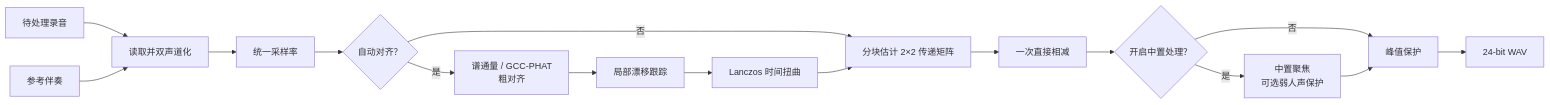
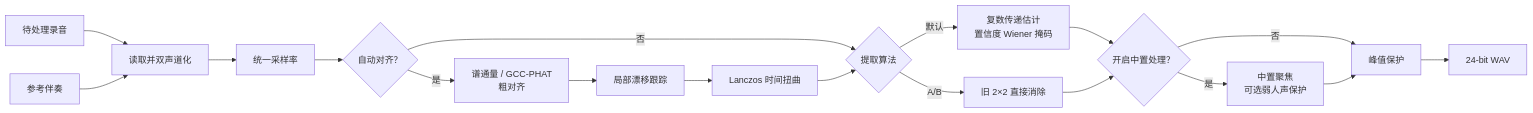
One commit to ChouChiu/Audio-Station changed the diagram in docs/reference-removal.md. Above: the diagram before and after it, drawn with Mermaid. The commit also changed other lines of this file and 27 other files, not shown here.

````diff
--- a/docs/reference-removal.md
+++ b/docs/reference-removal.md
@@ -24,18 +28,20 @@
 ```mermaid
 flowchart LR
     mix["待处理录音"] --> read["读取并双声道化"]
     ref["参考伴奏"] --> read
     read --> rate["统一采样率"]
     rate --> enabled{"自动对齐？"}
     enabled -->|是| coarse["谱通量 / GCC-PHAT<br/>粗对齐"]
     coarse --> drift["局部漂移跟踪"]
     drift --> warp["Lanczos 时间扭曲"]
-    enabled -->|否| cancel["分块估计 2×2 传递矩阵"]
-    warp --> cancel
-    cancel --> subtract["一次直接相减"]
-    subtract --> center{"开启中置处理？"}
+    enabled -->|否| choose{"提取算法"}
+    warp --> choose
+    choose -->|默认| mask["复数传递估计<br/>置信度 Wiener 掩码"]
+    choose -->|A/B| direct["旧 2×2 直接消除"]
+    mask --> center{"开启中置处理？"}
+    direct --> center
     center -->|是| focus["中置聚焦<br/>可选弱人声保护"]
     center -->|否| protect["峰值保护"]
     focus --> protect
     protect --> output["24-bit WAV"]
 ```
````
